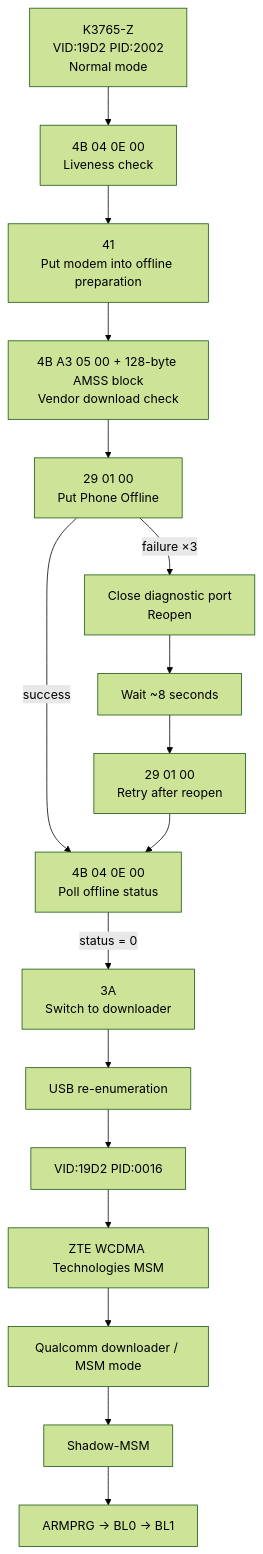
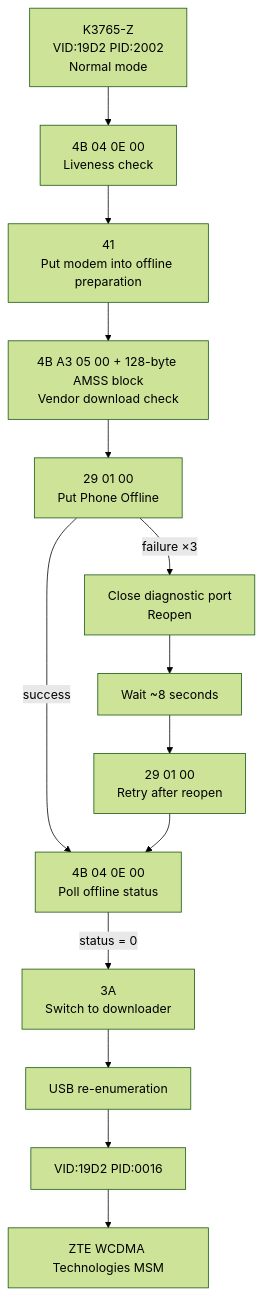
Before and after one commit to Flashbang-Time/Shadow-MSM: the first of 2 diagrams in README.md, drawn with Mermaid (forest theme). The commit also changed other lines of this file, not shown here.

````diff
--- a/README.md
+++ b/README.md
@@ -85,25 +85,22 @@
 ```mermaid
 flowchart TD
     A["K3765-Z<br/>VID:19D2 PID:2002<br/>Normal mode"] --> B["4B 04 0E 00<br/>Liveness check"]
     B --> C["41<br/>Put modem into offline preparation"]
     
     C --> D["4B A3 05 00 + 128-byte AMSS block<br/>Vendor download check"]
     
     D --> E["29 01 00<br/>Put Phone Offline"]
     E -->|"success"| F["4B 04 0E 00<br/>Poll offline status"]
     E -->|"failure ×3"| G["Close diagnostic port<br/>Reopen"]
     G --> H["Wait ~8 seconds"]
     H --> I["29 01 00<br/>Retry after reopen"]
     I --> F
     
     F -->|"status = 0"| J["3A<br/>Switch to downloader"]
     
     J --> K["USB re-enumeration"]
     
     K --> L["VID:19D2 PID:0016"]
     L --> M["ZTE WCDMA Technologies MSM"]
     
-    M --> N["Qualcomm downloader / MSM mode"]
-    N --> O["Shadow-MSM"]
-    O --> P["ARMPRG → BL0 → BL1"]
 ```
````
